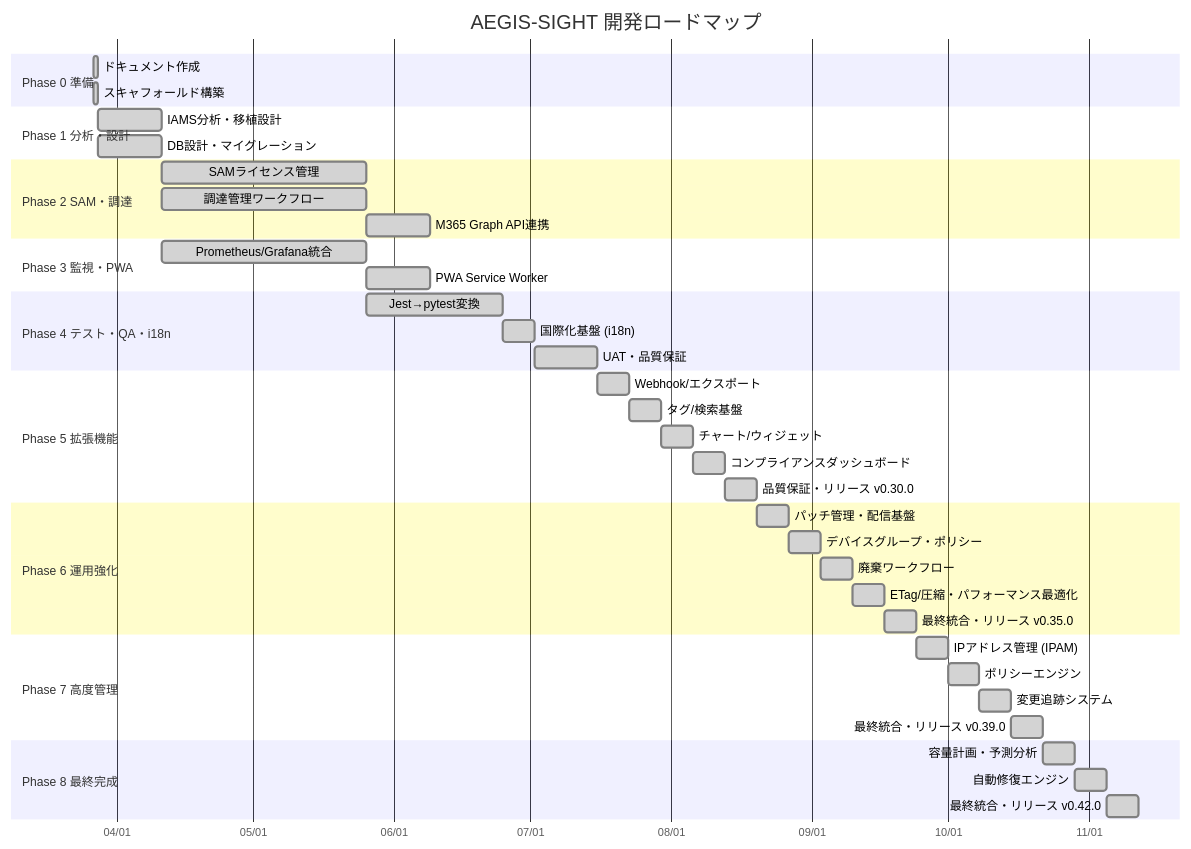
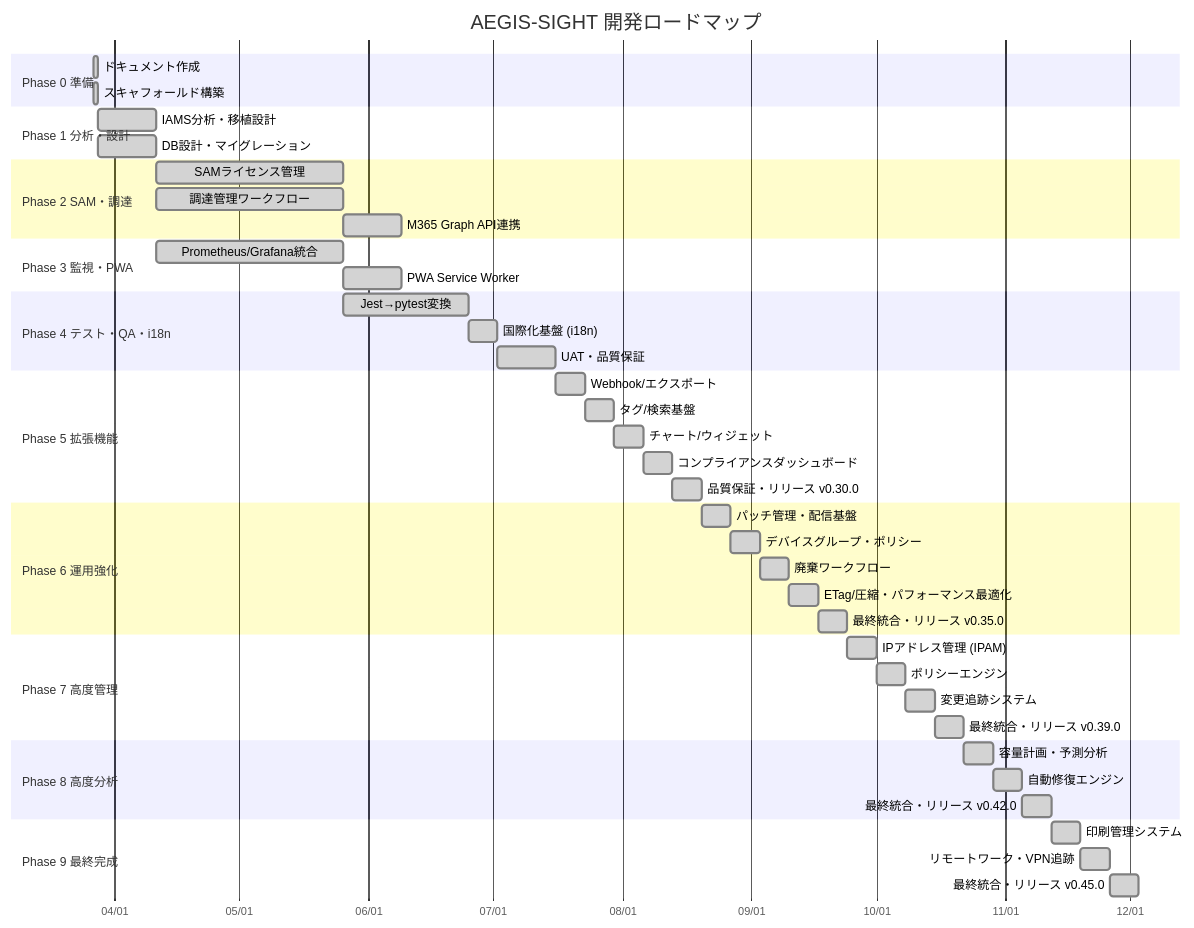
Before and after one commit to Kensan196948G/AEGIS-SIGHT: the second of 3 diagrams in README.md, drawn with Mermaid. The commit also changed other lines of this file and 3 other files, not shown here.

````diff
--- a/README.md
+++ b/README.md
@@ -266,53 +269,58 @@
 ```mermaid
 gantt
     title AEGIS-SIGHT 開発ロードマップ
     dateFormat  YYYY-MM-DD
     axisFormat  %m/%d
 
     section Phase 0 準備
     ドキュメント作成           :done, p0a, 2026-03-27, 1d
     スキャフォールド構築       :done, p0b, 2026-03-27, 1d
 
     section Phase 1 分析・設計
     IAMS分析・移植設計         :done, p1a, 2026-03-28, 14d
     DB設計・マイグレーション   :done, p1b, 2026-03-28, 14d
 
     section Phase 2 SAM・調達
     SAMライセンス管理          :done, p2a, after p1a, 45d
     調達管理ワークフロー       :done, p2b, after p1a, 45d
     M365 Graph API連携         :done, p2c, after p2a, 14d
 
     section Phase 3 監視・PWA
     Prometheus/Grafana統合      :done, p3a, after p1a, 45d
     PWA Service Worker          :done, p3b, after p3a, 14d
 
     section Phase 4 テスト・QA・i18n
     Jest→pytest変換            :done, p4a, after p2a, 30d
     国際化基盤 (i18n)           :done, p4c, after p4a, 7d
     UAT・品質保証              :done, p4b, after p4c, 14d
 
     section Phase 5 拡張機能
     Webhook/エクスポート        :done, p5a, after p4b, 7d
     タグ/検索基盤               :done, p5b, after p5a, 7d
     チャート/ウィジェット       :done, p5c, after p5b, 7d
     コンプライアンスダッシュボード :done, p5d, after p5c, 7d
     品質保証・リリース v0.30.0  :done, p5e, after p5d, 7d
 
     section Phase 6 運用強化
     パッチ管理・配信基盤        :done, p6a, after p5e, 7d
     デバイスグループ・ポリシー  :done, p6b, after p6a, 7d
     廃棄ワークフロー            :done, p6c, after p6b, 7d
     ETag/圧縮・パフォーマンス最適化 :done, p6d, after p6c, 7d
     最終統合・リリース v0.35.0  :done, p6e, after p6d, 7d
 
     section Phase 7 高度管理
     IPアドレス管理 (IPAM)        :done, p7a, after p6e, 7d
     ポリシーエンジン              :done, p7b, after p7a, 7d
     変更追跡システム              :done, p7c, after p7b, 7d
     最終統合・リリース v0.39.0    :done, p7d, after p7c, 7d
 
-    section Phase 8 最終完成
+    section Phase 8 高度分析
     容量計画・予測分析            :done, p8a, after p7d, 7d
     自動修復エンジン              :done, p8b, after p8a, 7d
     最終統合・リリース v0.42.0    :done, p8c, after p8b, 7d
+
+    section Phase 9 最終完成
+    印刷管理システム              :done, p9a, after p8c, 7d
+    リモートワーク・VPN追跡       :done, p9b, after p9a, 7d
+    最終統合・リリース v0.45.0    :done, p9c, after p9b, 7d
 ```
````
